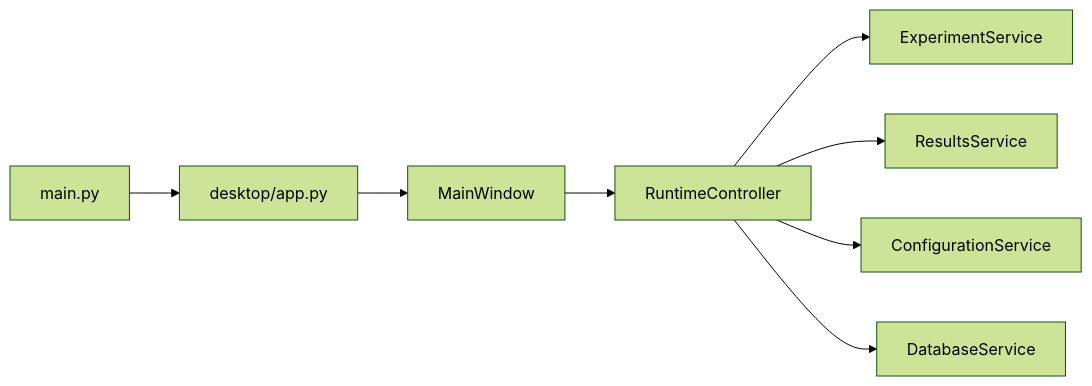
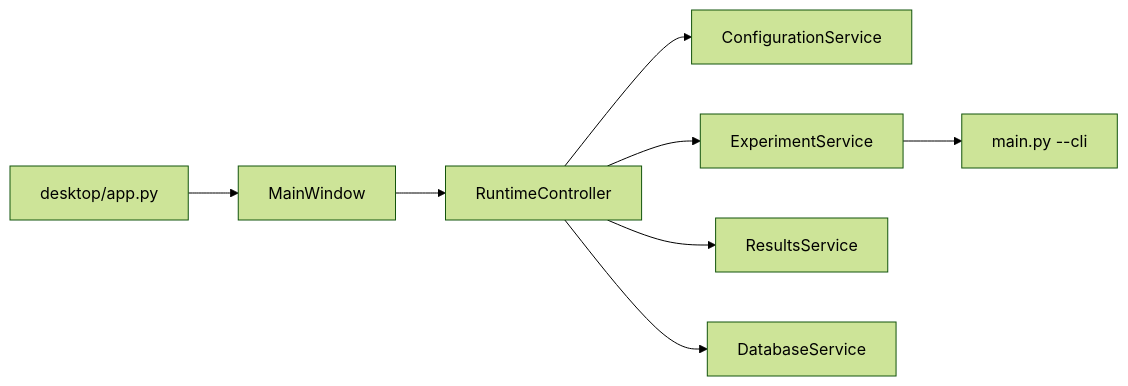
One commit to smshagor-dev/Federated-Learning-on-Non-IID-Data-Differential-Privacy changed the third of 4 diagrams in README.md. Above: the diagram before and after it, drawn with Mermaid (forest theme). The commit also changed other lines of this file, not shown here.

````diff
--- a/README.md
+++ b/README.md
@@ -526,19 +1519,19 @@
 ```mermaid
 flowchart LR
-    Main[main.py]
     App[desktop/app.py]
-    Win[MainWindow]
-    Ctrl[RuntimeController]
-    Proc[ExperimentService]
-    Res[ResultsService]
-    Conf[ConfigurationService]
-    DB[DatabaseService]
+    Window[MainWindow]
+    Controller[RuntimeController]
+    Configuration[ConfigurationService]
+    Experiment[ExperimentService]
+    Results[ResultsService]
+    Database[DatabaseService]
+    CLI[main.py --cli]
 
-    Main --> App
-    App --> Win
-    Win --> Ctrl
-    Ctrl --> Proc
-    Ctrl --> Res
-    Ctrl --> Conf
-    Ctrl --> DB
+    App --> Window
+    Window --> Controller
+    Controller --> Configuration
+    Controller --> Experiment
+    Controller --> Results
+    Controller --> Database
+    Experiment --> CLI
 ```
````
